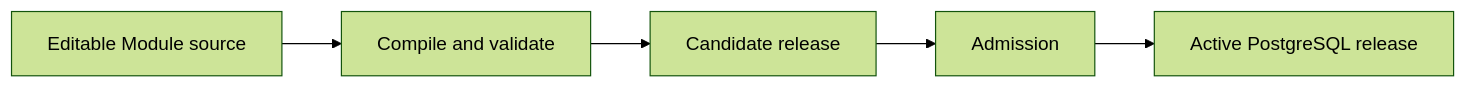
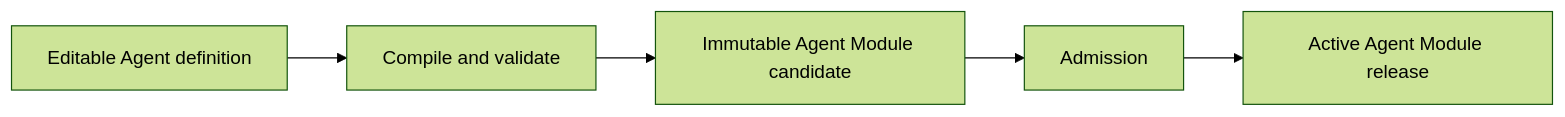
The fourth of 5 diagrams in README.md (bobaoai/agent_runtime), drawn with Mermaid (forest theme) before and after one commit. The commit also changed other lines of this file and 1 other file, not shown here.

Commit message:
docs: make agent lifecycle central in runtime diagrams

````diff
--- a/README.md
+++ b/README.md
@@ -164,7 +195,7 @@
 ```mermaid
 flowchart LR
-    SOURCE["Editable Module source"] --> COMPILE["Compile and validate"]
-    COMPILE --> CANDIDATE["Candidate release"]
+    SOURCE["Editable Agent definition"] --> COMPILE["Compile and validate"]
+    COMPILE --> CANDIDATE["Immutable Agent Module candidate"]
     CANDIDATE --> ADMIT["Admission"]
-    ADMIT --> ACTIVE["Active PostgreSQL release"]
+    ADMIT --> ACTIVE["Active Agent Module release"]
 ```
````
